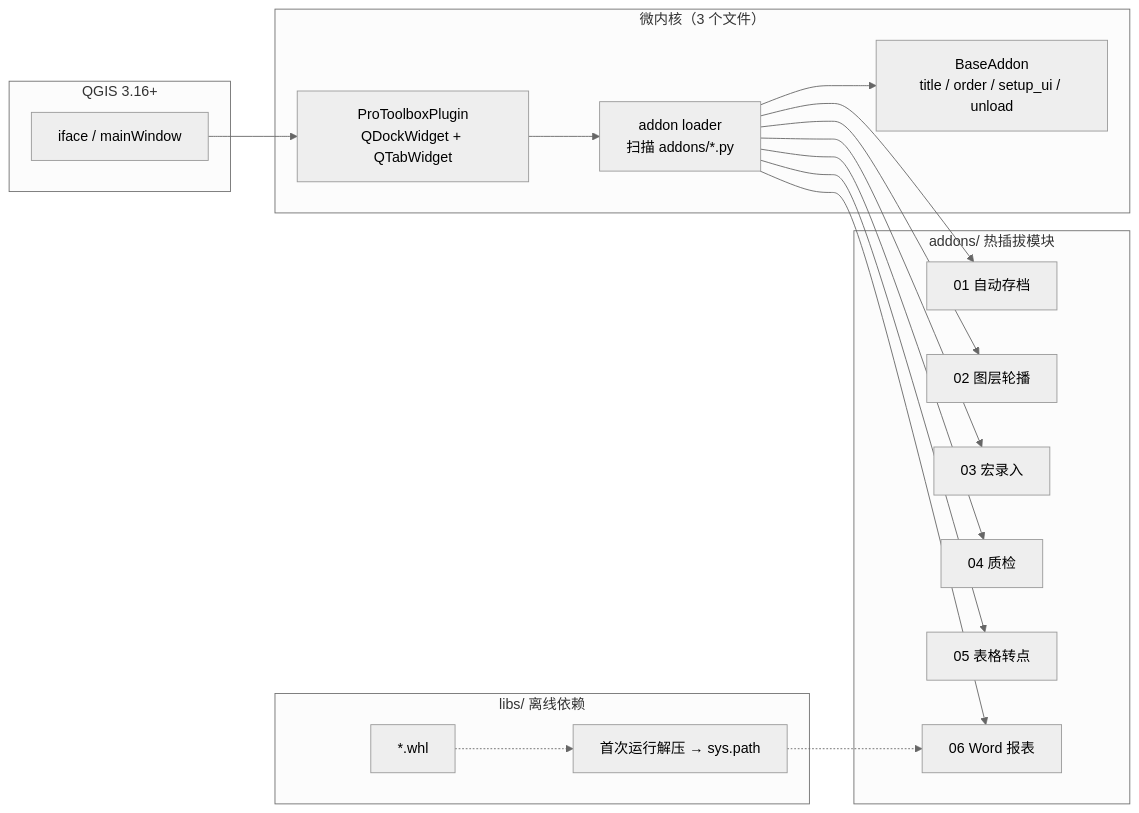
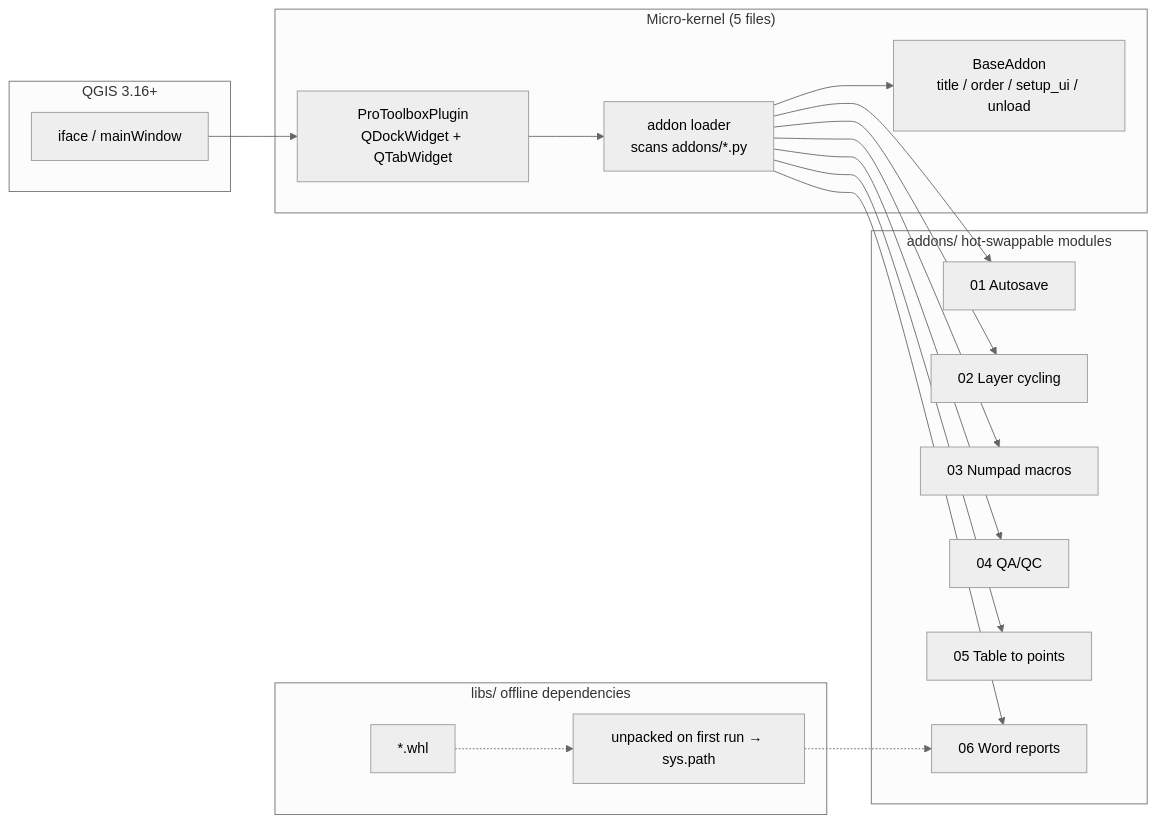
Before and after one commit to KGSINYA/qgis-pro-toolbox: the diagram in README.md, drawn with Mermaid (neutral theme). The commit also changed other lines of this file and 14 other files, not shown here.

````diff
--- a/README.md
+++ b/README.md
@@ -74,33 +77,33 @@
 ```mermaid
 flowchart LR
     subgraph QGIS["QGIS 3.16+"]
         IFACE["iface / mainWindow"]
     end
 
-    subgraph CORE["微内核（3 个文件）"]
+    subgraph CORE["Micro-kernel (5 files)"]
         PLUGIN["ProToolboxPlugin<br/>QDockWidget + QTabWidget"]
-        LOADER["addon loader<br/>扫描 addons/*.py"]
+        LOADER["addon loader<br/>scans addons/*.py"]
         BASE["BaseAddon<br/>title / order / setup_ui / unload"]
     end
 
-    subgraph ADDONS["addons/ 热插拔模块"]
-        A1["01 自动存档"]
-        A2["02 图层轮播"]
-        A3["03 宏录入"]
-        A4["04 质检"]
-        A5["05 表格转点"]
-        A6["06 Word 报表"]
+    subgraph ADDONS["addons/ hot-swappable modules"]
+        A1["01 Autosave"]
+        A2["02 Layer cycling"]
+        A3["03 Numpad macros"]
+        A4["04 QA/QC"]
+        A5["05 Table to points"]
+        A6["06 Word reports"]
     end
 
-    subgraph LIBS["libs/ 离线依赖"]
+    subgraph LIBS["libs/ offline dependencies"]
         WHL["*.whl"]
-        EXT["首次运行解压 → sys.path"]
+        EXT["unpacked on first run → sys.path"]
     end
 
     IFACE --> PLUGIN
     PLUGIN --> LOADER
     LOADER --> BASE
     LOADER --> A1 & A2 & A3 & A4 & A5 & A6
     WHL -.-> EXT
     EXT -.-> A6
 ```
````
